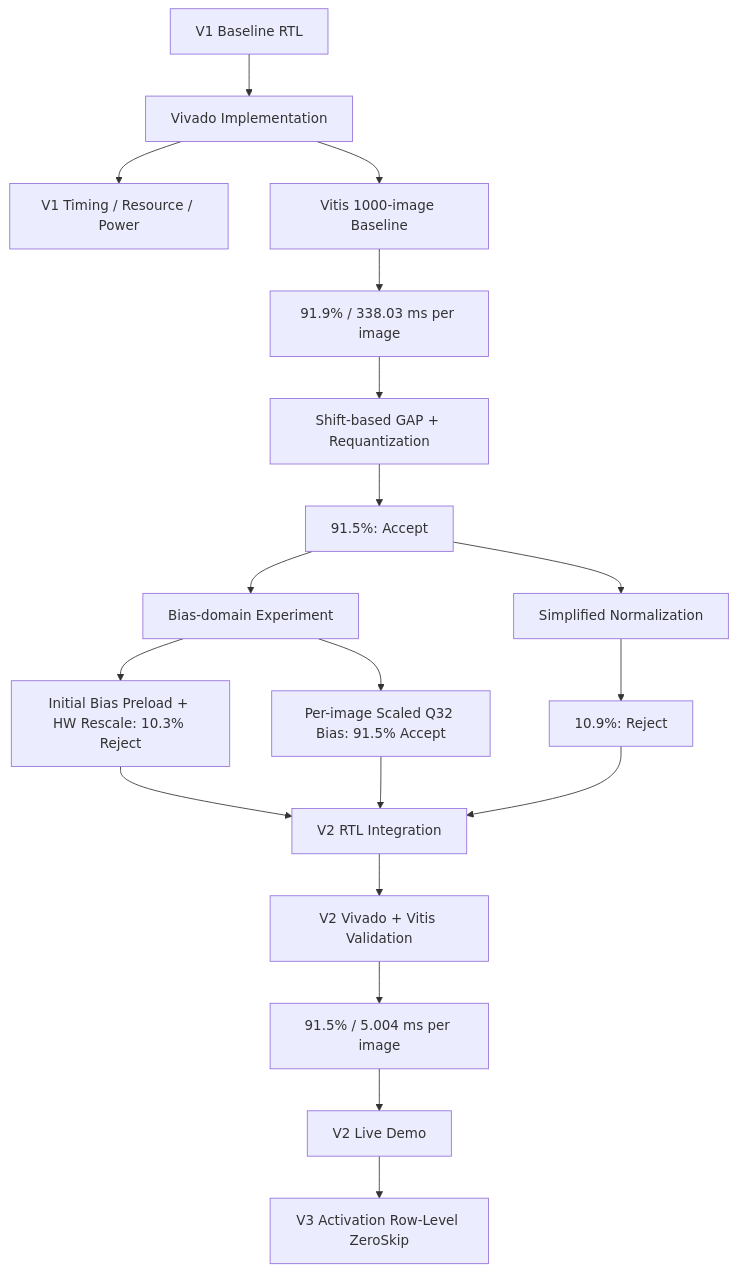
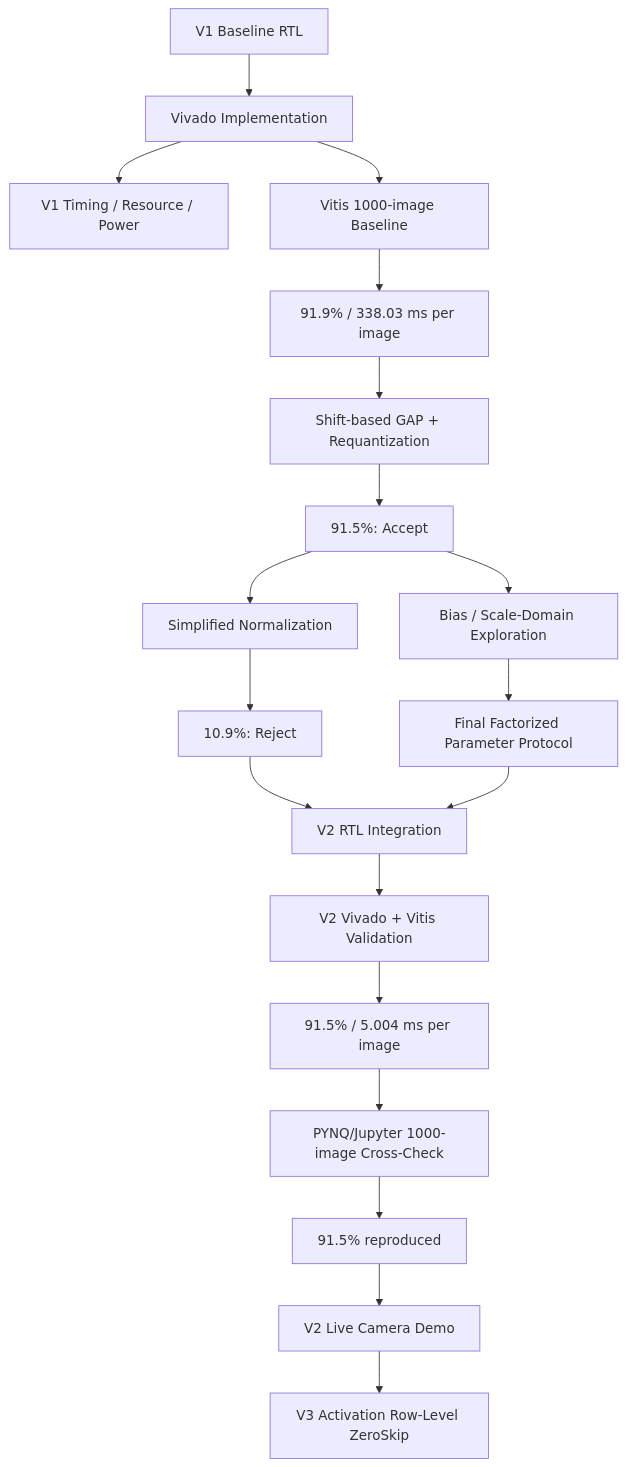
One commit to kooseo1296-debug/Project-2 changed the first of 2 diagrams in docs/Experiments.md. Above: the diagram before and after it, drawn with Mermaid. The commit also changed other lines of this file, not shown here.

````diff
--- a/docs/Experiments.md
+++ b/docs/Experiments.md
@@ -65,23 +54,28 @@
 ```mermaid
 flowchart TD
     A[V1 Baseline RTL] --> B[Vivado Implementation]
     B --> C[V1 Timing / Resource / Power]
     B --> D[Vitis 1000-image Baseline]
     D --> E[91.9% / 338.03 ms per image]
 
     E --> F[Shift-based GAP + Requantization]
     F --> G[91.5%: Accept]
+
     G --> H[Simplified Normalization]
     H --> I[10.9%: Reject]
-    G --> J[Bias-domain Experiment]
-    J --> K[Initial Bias Preload + HW Rescale: 10.3% Reject]
-    J --> L[Per-image Scaled Q32 Bias: 91.5% Accept]
 
-    K --> M[V2 RTL Integration]
-    L --> M
-    I --> M
-    M --> N[V2 Vivado + Vitis Validation]
-    N --> O[91.5% / 5.004 ms per image]
-    O --> P[V2 Live Demo]
-    P --> Q[V3 Activation Row-Level ZeroSkip]
+    G --> J[Bias / Scale-Domain Exploration]
+    J --> K[Final Factorized Parameter Protocol]
+
+    I --> L[V2 RTL Integration]
+    K --> L
+
+    L --> M[V2 Vivado + Vitis Validation]
+    M --> N[91.5% / 5.004 ms per image]
+
+    N --> O[PYNQ/Jupyter 1000-image Cross-Check]
+    O --> P[91.5% reproduced]
+
+    P --> Q[V2 Live Camera Demo]
+    Q --> R[V3 Activation Row-Level ZeroSkip]
 ```
````
